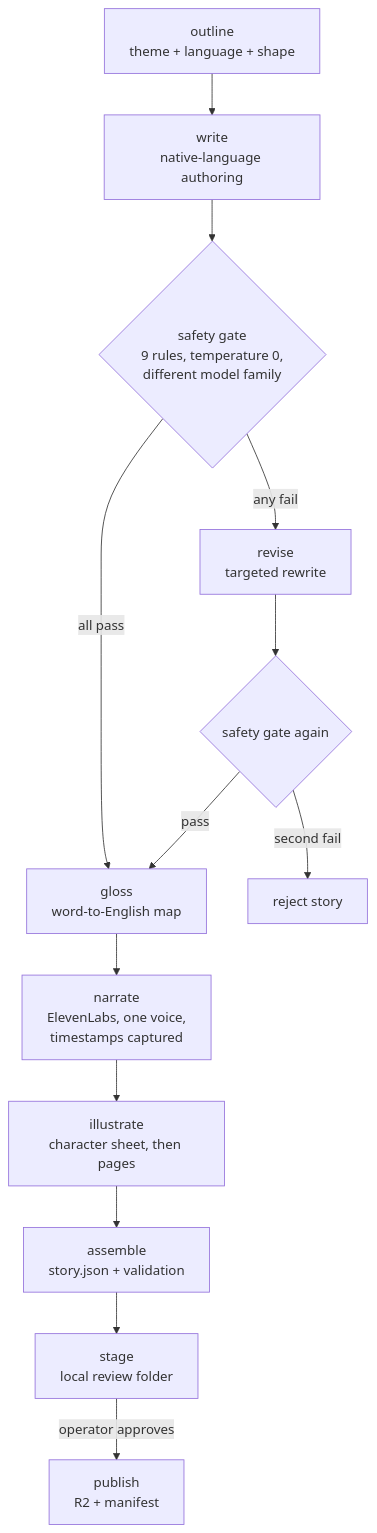
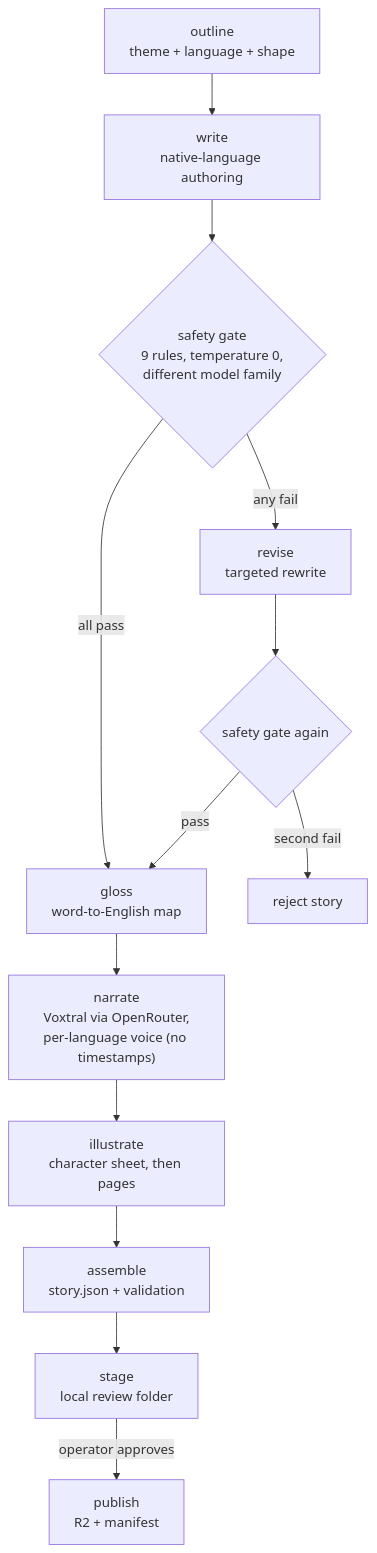
One commit to darth-dodo/cantastorie changed the second of 2 diagrams in docs/architecture.md. Above: the diagram before and after it, drawn with Mermaid. The commit also changed other lines of this file, not shown here.

First line of the commit message:
docs: restructure architecture.md to hermano conventions + narration decision

````diff
--- a/docs/architecture.md
+++ b/docs/architecture.md
@@ -123,15 +123,15 @@
 ```mermaid
 graph TD
     O["outline<br/>theme + language + shape"] --> W["write<br/>native-language authoring"]
     W --> S{"safety gate<br/>9 rules, temperature 0,<br/>different model family"}
     S -- "all pass" --> G["gloss<br/>word-to-English map"]
     S -- "any fail" --> RV["revise<br/>targeted rewrite"]
     RV --> S2{"safety gate again"}
     S2 -- "pass" --> G
     S2 -- "second fail" --> X["reject story"]
-    G --> N["narrate<br/>ElevenLabs, one voice,<br/>timestamps captured"]
+    G --> N["narrate<br/>Voxtral via OpenRouter,<br/>per-language voice (no timestamps)"]
     N --> I["illustrate<br/>character sheet, then pages"]
     I --> A["assemble<br/>story.json + validation"]
     A --> ST["stage<br/>local review folder"]
     ST -- "operator approves" --> PB["publish<br/>R2 + manifest"]
 ```
````
